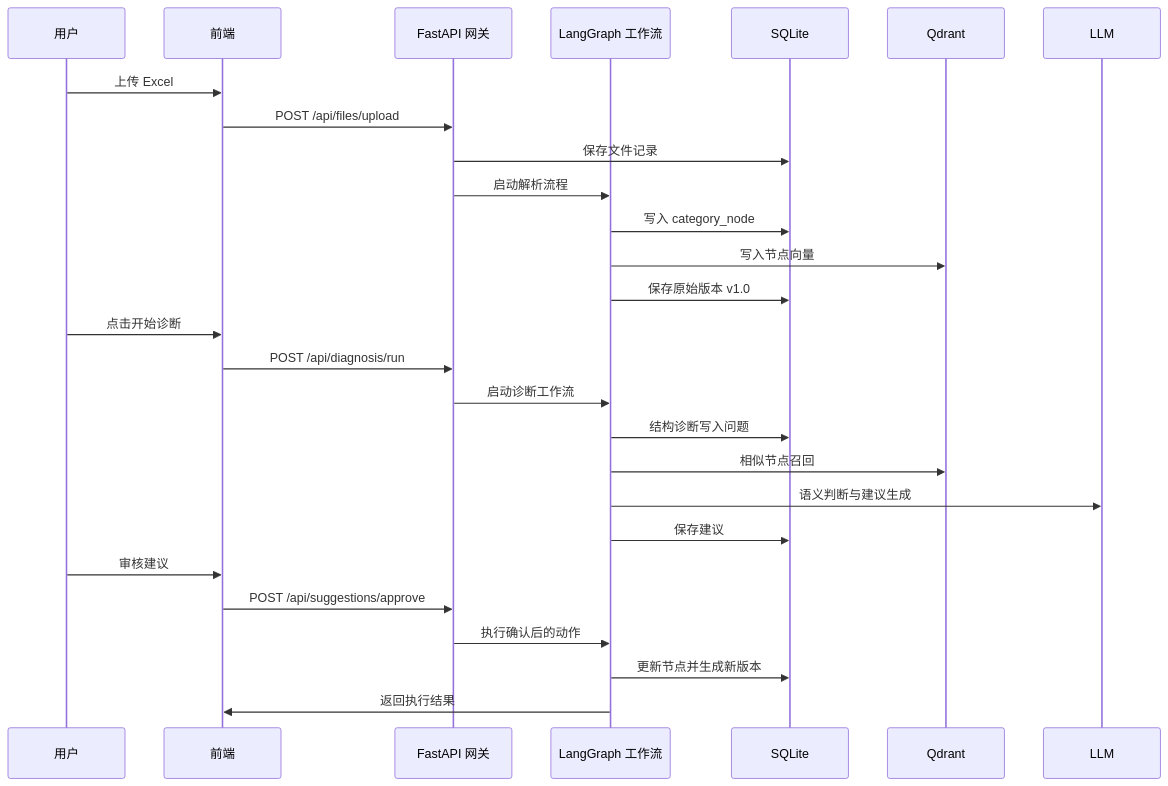
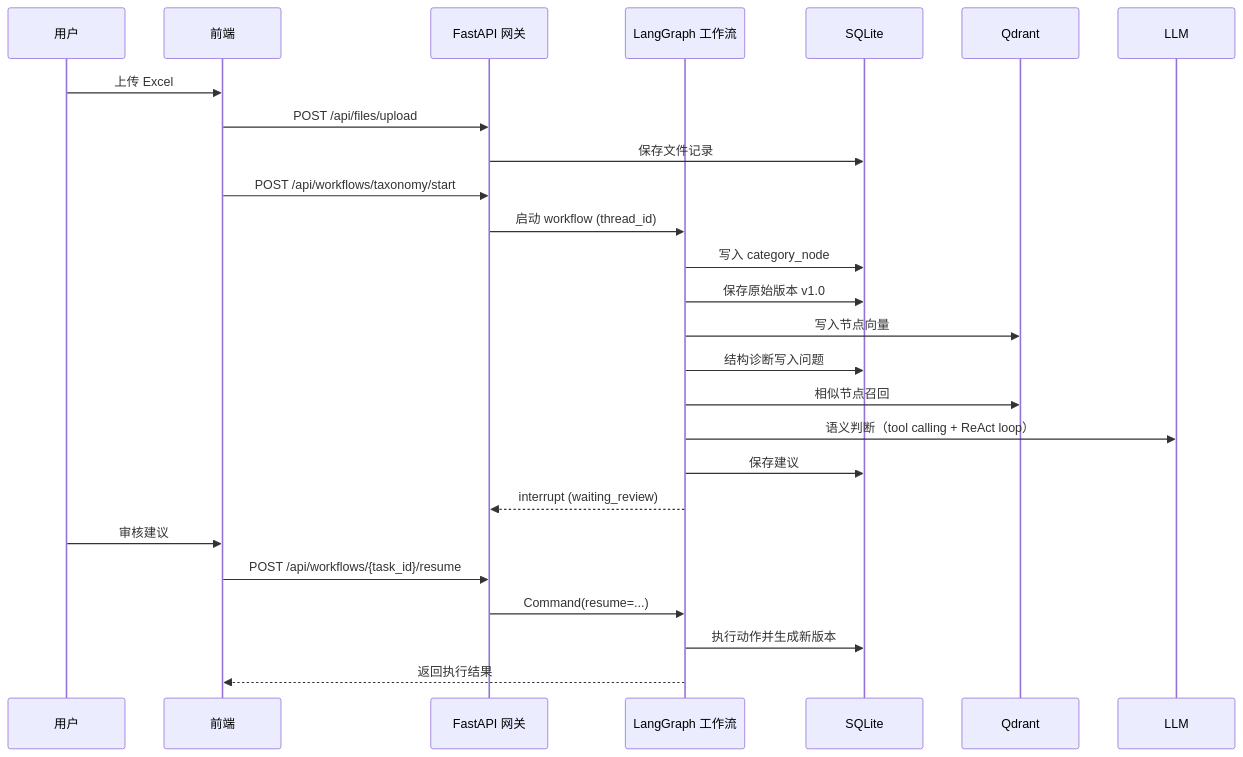
One commit to nagyan78/SystemMaintenanceAgent changed the second of 3 diagrams in dev-doc/产品标准体系维护智能体_技术架构设计.md. Above: the diagram before and after it, drawn with Mermaid. The commit also changed other lines of this file and 35 other files, not shown here.

````diff
--- a/dev-doc/产品标准体系维护智能体_技术架构设计.md
+++ b/dev-doc/产品标准体系维护智能体_技术架构设计.md
@@ -94,30 +99,29 @@
 ```mermaid
 sequenceDiagram
     participant U as 用户
     participant FE as 前端
     participant API as FastAPI 网关
     participant LG as LangGraph 工作流
     participant DB as SQLite
     participant VDB as Qdrant
     participant LLM as LLM
 
     U->>FE: 上传 Excel
     FE->>API: POST /api/files/upload
     API->>DB: 保存文件记录
-    API->>LG: 启动解析流程
+    FE->>API: POST /api/workflows/taxonomy/start
+    API->>LG: 启动 workflow (thread_id)
     LG->>DB: 写入 category_node
+    LG->>DB: 保存原始版本 v1.0
     LG->>VDB: 写入节点向量
-    LG->>DB: 保存原始版本 v1.0
-    U->>FE: 点击开始诊断
-    FE->>API: POST /api/diagnosis/run
-    API->>LG: 启动诊断工作流
     LG->>DB: 结构诊断写入问题
     LG->>VDB: 相似节点召回
-    LG->>LLM: 语义判断与建议生成
+    LG->>LLM: 语义判断（tool calling + ReAct loop）
     LG->>DB: 保存建议
+    LG-->>API: interrupt (waiting_review)
     U->>FE: 审核建议
-    FE->>API: POST /api/suggestions/approve
-    API->>LG: 执行确认后的动作
-    LG->>DB: 更新节点并生成新版本
-    LG->>FE: 返回执行结果
+    FE->>API: POST /api/workflows/{task_id}/resume
+    API->>LG: Command(resume=...)
+    LG->>DB: 执行动作并生成新版本
+    LG-->>FE: 返回执行结果
 ```
````
